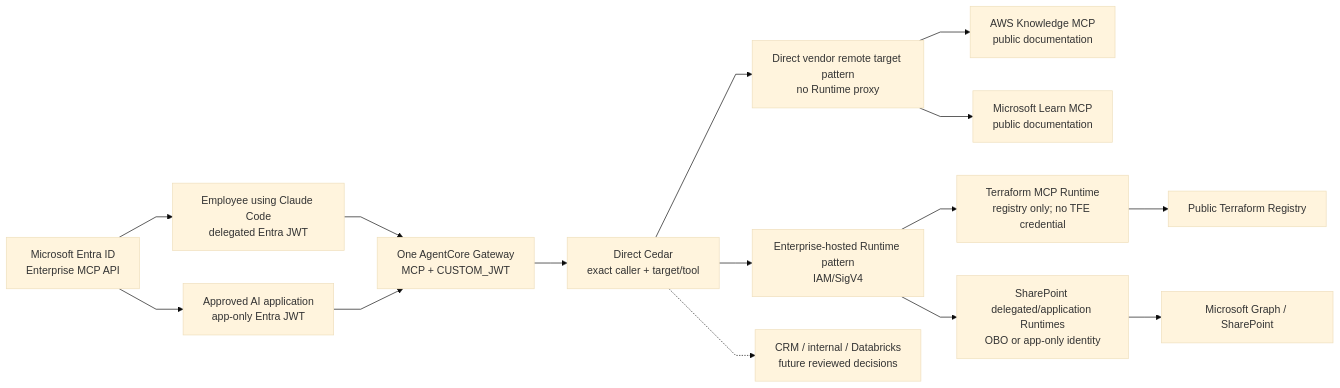
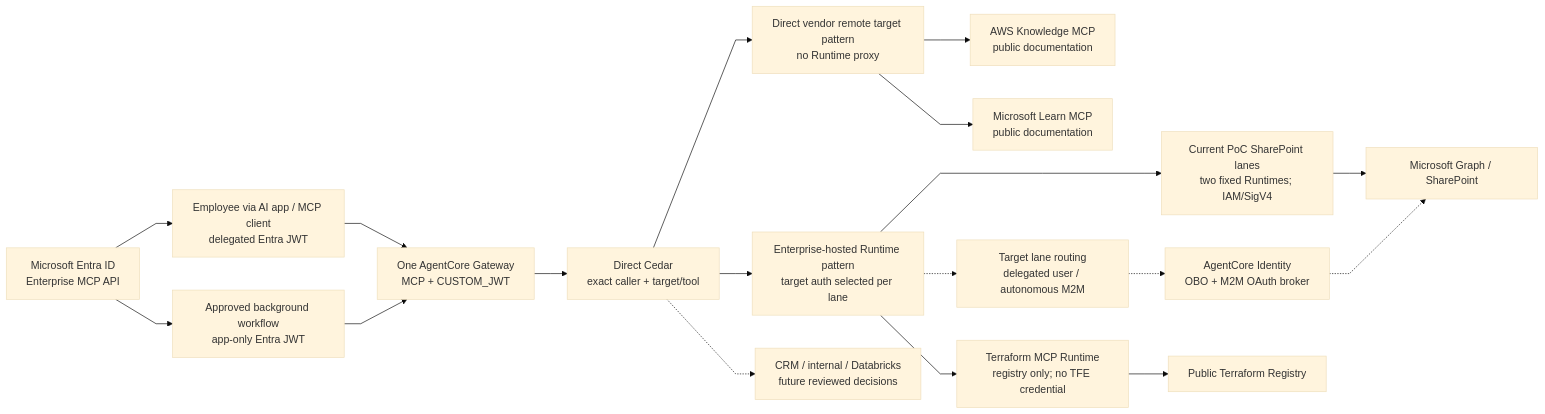
The diagram in docs/architecture/enterprise-mcp-platform.mmd (ron8520/mcp_poc), drawn with Mermaid (base theme) before and after one commit. The commit also changed 95 other files, not shown here.

```diff
--- a/docs/architecture/enterprise-mcp-platform.mmd
+++ b/docs/architecture/enterprise-mcp-platform.mmd
@@ -1,31 +1,40 @@
 %%{init: {"flowchart": {"curve": "linear"}}}%%
+%% Current PoC baseline: Gateway CUSTOM_JWT, fixed Runtime lanes, IAM/SigV4,
+%% delegated assertion-copy/MSAL OBO, and app-only client credentials gated off.
+%% Target AgentCore Identity OBO/M2M routing is Accepted for PoC validation,
+%% not implemented.
 flowchart LR
     Entra["Microsoft Entra ID<br>Enterprise MCP API"]
-    Claude["Employee using Claude Code<br>delegated Entra JWT"]
-    Automation["Approved AI application<br>app-only Entra JWT"]
+    EmployeeClient["Employee via AI app / MCP client<br>delegated Entra JWT"]
+    Automation["Approved background workflow<br>app-only Entra JWT"]
     Gateway["One AgentCore Gateway<br>MCP + CUSTOM_JWT"]
     Cedar["Direct Cedar<br>exact caller + target/tool"]
     Direct["Direct vendor remote target pattern<br>no Runtime proxy"]
-    Hosted["Enterprise-hosted Runtime pattern<br>IAM/SigV4"]
+    Hosted["Enterprise-hosted Runtime pattern<br>target auth selected per lane"]
     AWSKnowledge["AWS Knowledge MCP<br>public documentation"]
     MicrosoftLearn["Microsoft Learn MCP<br>public documentation"]
     Terraform["Terraform MCP Runtime<br>registry only; no TFE credential"]
-    SharePoint["SharePoint delegated/application Runtimes<br>OBO or app-only identity"]
+    SharePointCurrent["Current PoC SharePoint lanes<br>two fixed Runtimes; IAM/SigV4"]
+    IdentityTarget["Target lane routing<br>delegated user / autonomous M2M"]
+    Identity["AgentCore Identity<br>OBO + M2M OAuth broker"]
     Registry["Public Terraform Registry"]
     Graph["Microsoft Graph / SharePoint"]
     Future["CRM / internal / Databricks<br>future reviewed decisions"]
 
-    Entra --> Claude
+    Entra --> EmployeeClient
     Entra --> Automation
-    Claude --> Gateway
+    EmployeeClient --> Gateway
     Automation --> Gateway
     Gateway --> Cedar
     Cedar --> Direct
     Cedar --> Hosted
     Direct --> AWSKnowledge
     Direct --> MicrosoftLearn
     Hosted --> Terraform
-    Hosted --> SharePoint
+    Hosted --> SharePointCurrent
+    Hosted -.-> IdentityTarget
     Terraform --> Registry
-    SharePoint --> Graph
+    SharePointCurrent --> Graph
+    IdentityTarget -.-> Identity
+    Identity -.-> Graph
     Cedar -.-> Future
```
